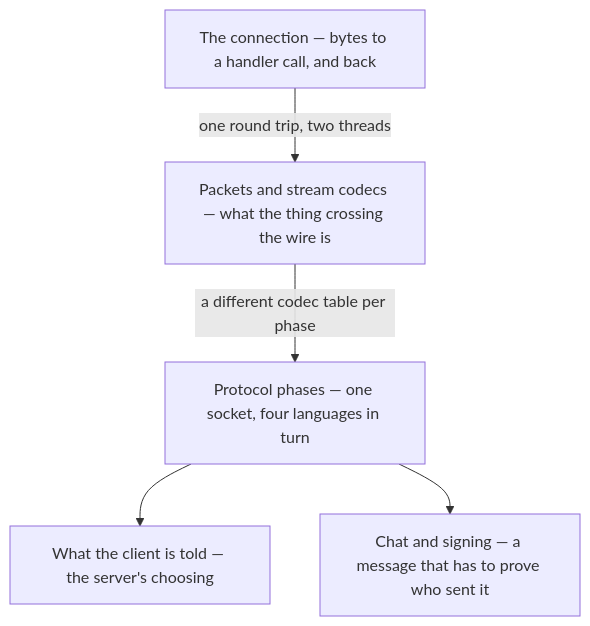
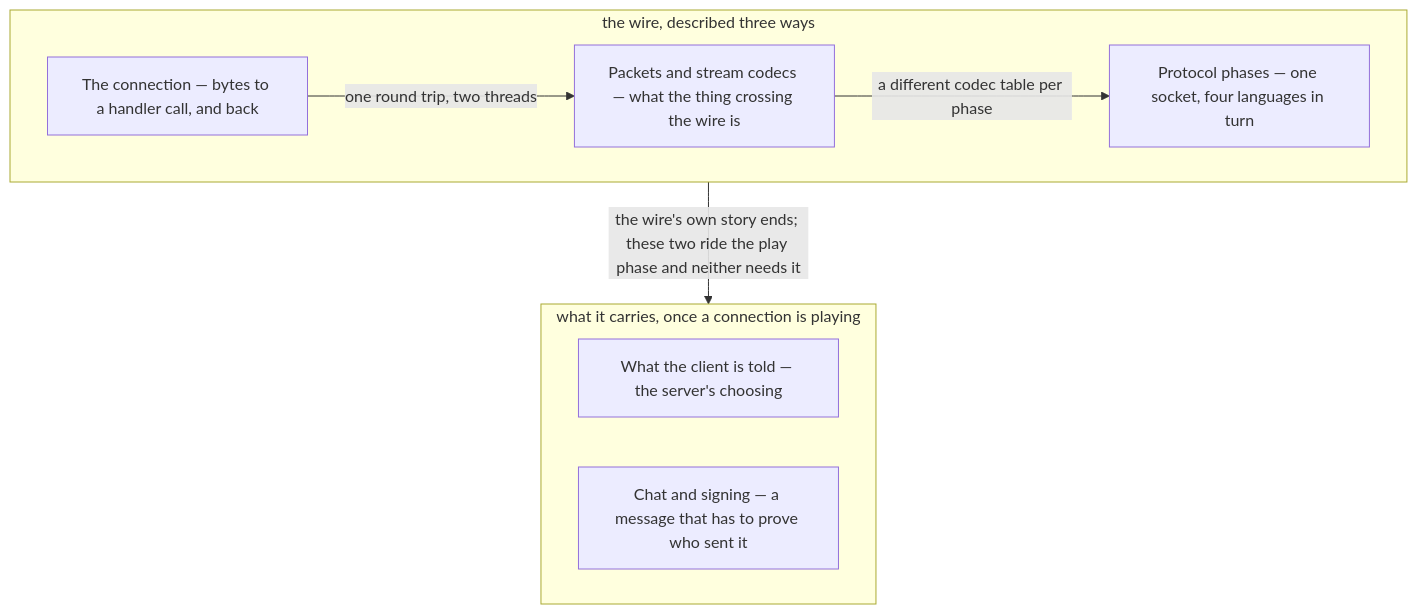
One commit to AlexanderjFraser/MinecraftDocs changed the diagram in src/systems/networking/README.md. Above: the diagram before and after it, drawn with Mermaid. The commit also changed other lines of this file and 25 other files, not shown here.

````diff
--- a/src/systems/networking/README.md
+++ b/src/systems/networking/README.md
@@ -22,12 +25,15 @@
 ```mermaid
 flowchart TD
-    TC["The connection — bytes to a handler call, and back"]
-    PSC["Packets and stream codecs — what the thing crossing the wire is"]
-    PP["Protocol phases — one socket, four languages in turn"]
-    WCT["What the client is told — the server's choosing"]
-    CS["Chat and signing — a message that has to prove who sent it"]
+    subgraph W["the wire, described three ways"]
+      TC["The connection — bytes to a handler call, and back"]
+      PSC["Packets and stream codecs — what the thing crossing the wire is"]
+      PP["Protocol phases — one socket, four languages in turn"]
+    end
+    subgraph A["what it carries, once a connection is playing"]
+      WCT["What the client is told — the server's choosing"]
+      CS["Chat and signing — a message that has to prove who sent it"]
+    end
     TC -- "one round trip, two threads" --> PSC
     PSC -- "a different codec table per phase" --> PP
-    PP --> WCT
-    PP --> CS
+    W -- "the wire's own story ends; these two ride the play phase and neither needs it" --> A
 ```
````
